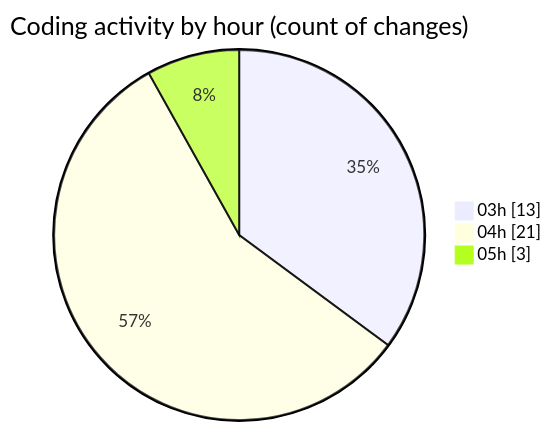
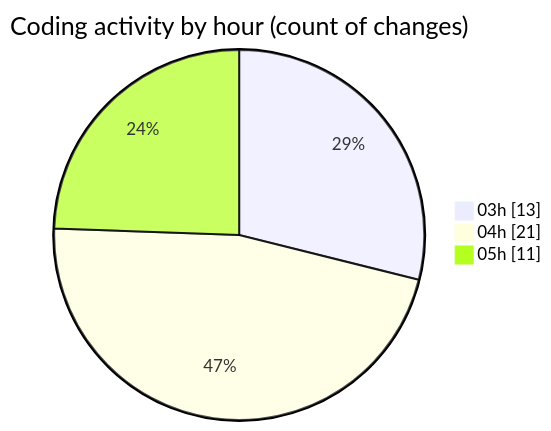
The second of 2 diagrams in 2026-07-15/shibass-ai/README.md (shibass792/code-tracking), drawn with Mermaid before and after one commit. The commit also changed other lines of this file and 1 other file, not shown here.

````diff
--- a/2026-07-15/shibass-ai/README.md
+++ b/2026-07-15/shibass-ai/README.md
@@ -41,7 +41,7 @@
 ```mermaid
 pie showData
 title Coding activity by hour (count of changes)
 "03h" : 13
 "04h" : 21
-"05h" : 3
+"05h" : 11
 ```
````
